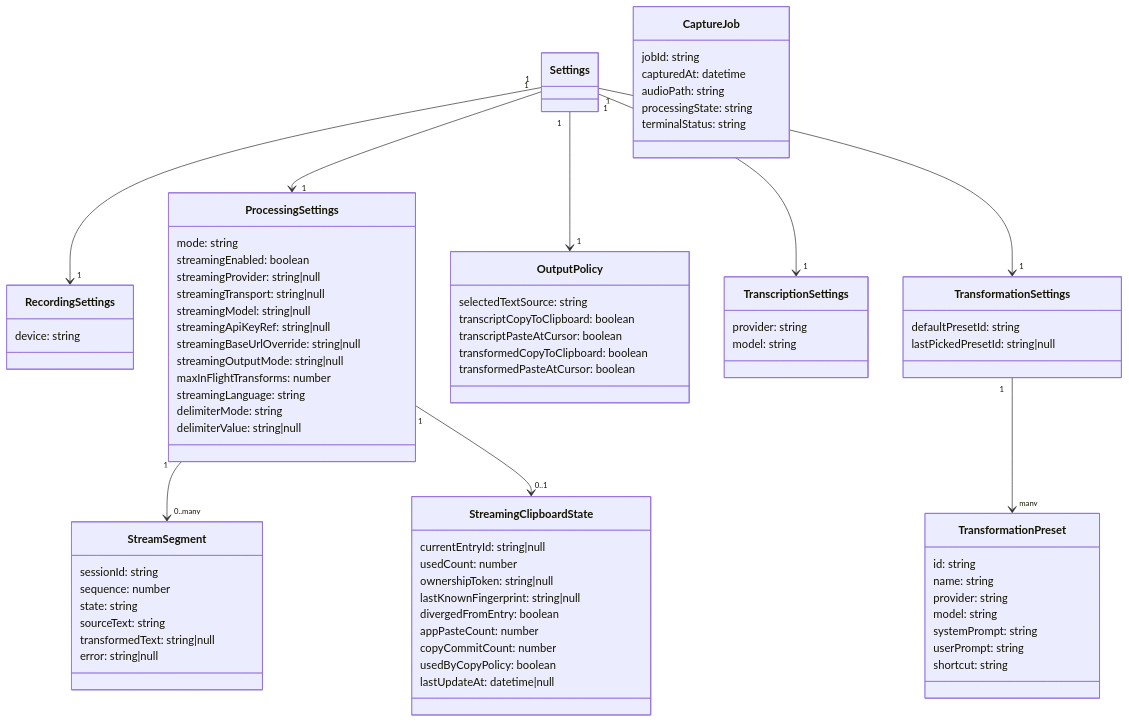
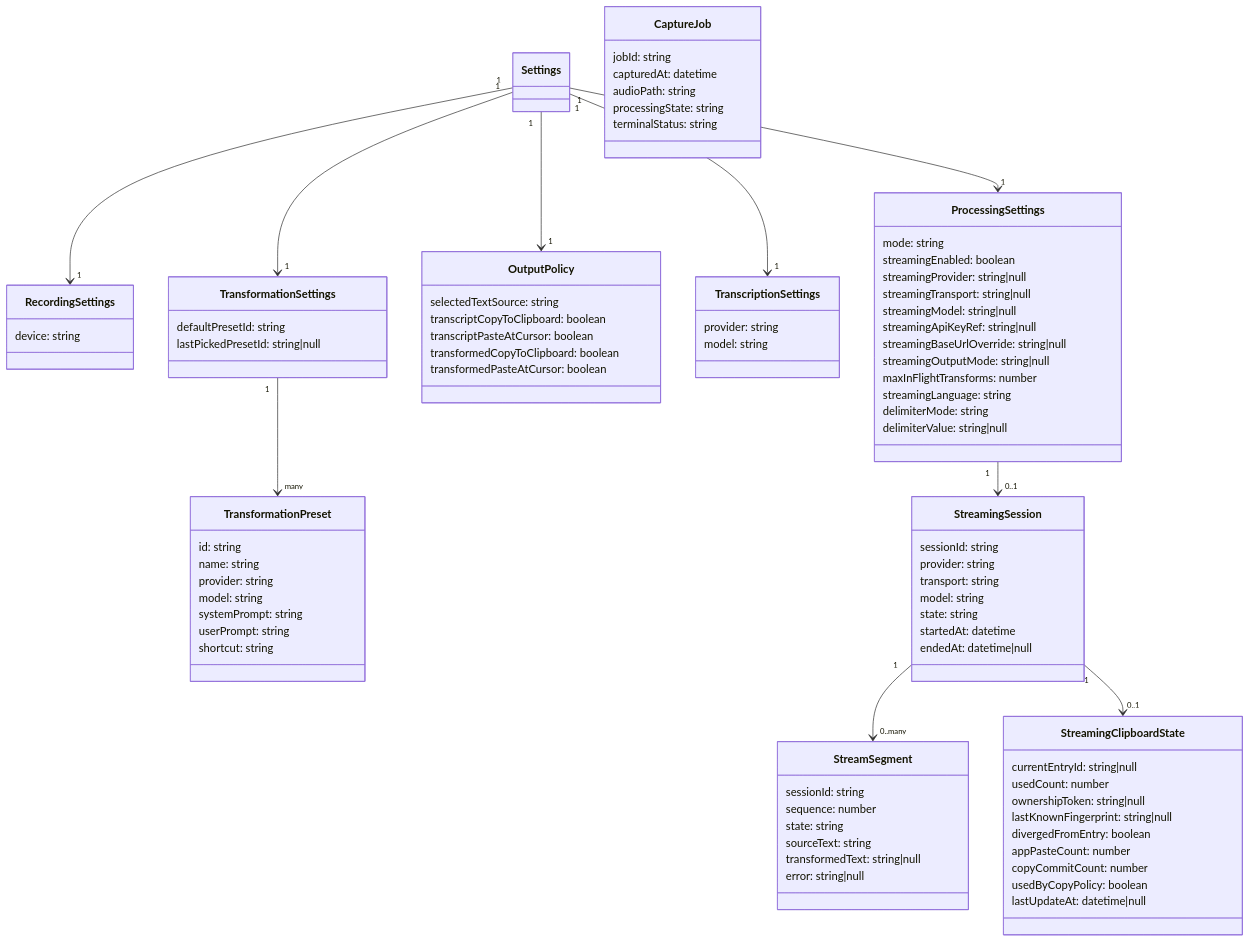
One commit to massun-onibakuchi/speech-to-text-app changed the second of 8 diagrams in specs/spec.md. Above: the diagram before and after it, drawn with Mermaid. The commit also changed other lines of this file and 2 other files, not shown here.

Commit message:
docs: reconcile streaming spec and plan details

````diff
--- a/specs/spec.md
+++ b/specs/spec.md
@@ -487,6 +487,16 @@
     terminalStatus: string
   }
 
+  class StreamingSession {
+    sessionId: string
+    provider: string
+    transport: string
+    model: string
+    state: string
+    startedAt: datetime
+    endedAt: datetime|null
+  }
+
   class StreamSegment {
     sessionId: string
     sequence: number
@@ -514,6 +524,7 @@
   Settings "1" --> "1" TransformationSettings
   Settings "1" --> "1" OutputPolicy
   TransformationSettings "1" --> "many" TransformationPreset
-  ProcessingSettings "1" --> "0..many" StreamSegment
-  ProcessingSettings "1" --> "0..1" StreamingClipboardState
+  ProcessingSettings "1" --> "0..1" StreamingSession
+  StreamingSession "1" --> "0..many" StreamSegment
+  StreamingSession "1" --> "0..1" StreamingClipboardState
 ```
````
